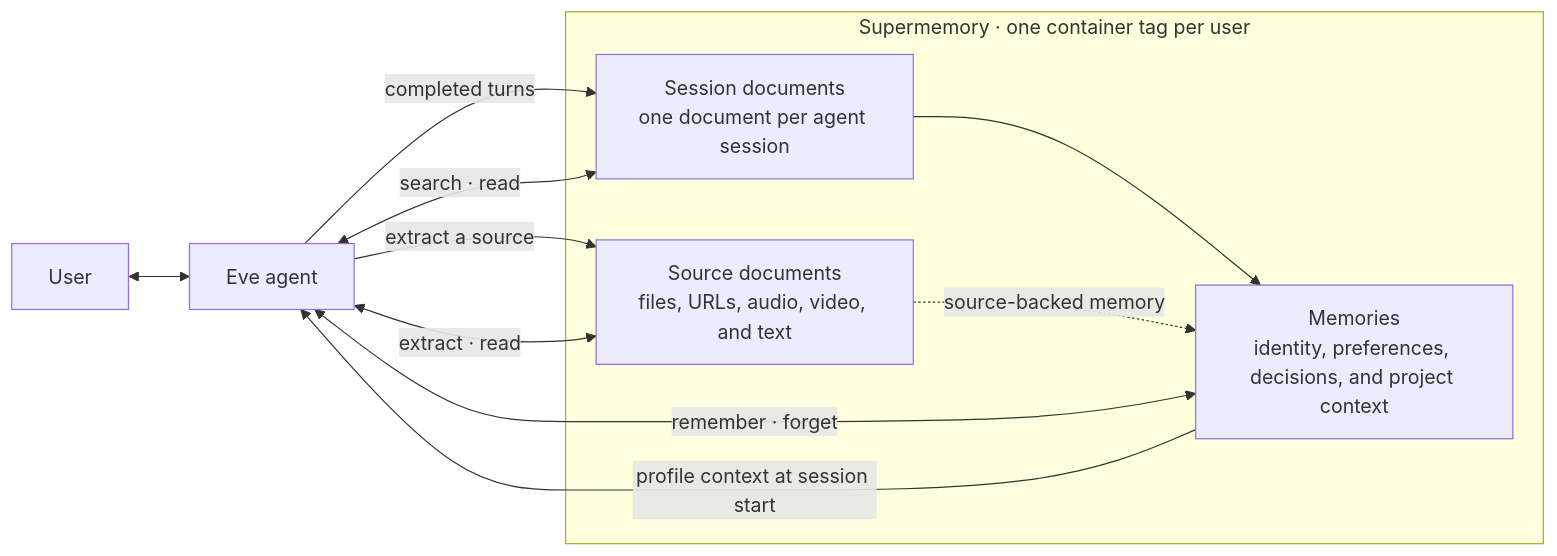
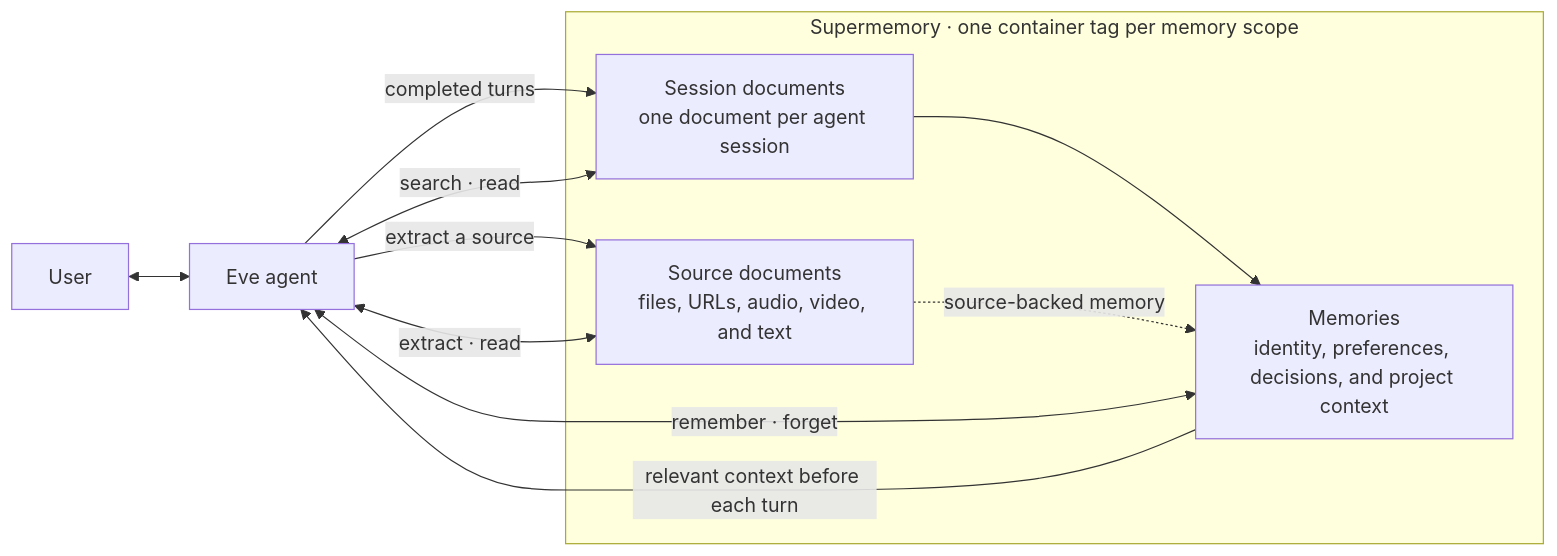
The diagram in README.md (supermemoryai/eve-supermemory), drawn with Mermaid before and after one commit. The commit also changed other lines of this file and 56 other files, not shown here.

````diff
--- a/README.md
+++ b/README.md
@@ -25,19 +34,19 @@
 ```mermaid
 flowchart LR
   U[User] <--> E["Eve agent"]
 
-  subgraph SM["Supermemory · one container tag per user"]
+  subgraph SM["Supermemory · one container tag per memory scope"]
     S["Session documents<br/>one document per agent session"]
     D["Source documents<br/>files, URLs, audio, video, and text"]
     M["Memories<br/>identity, preferences, decisions, and project context"]
     S --> M
     D -. source-backed memory .-> M
   end
 
   E -->|completed turns| S
   E -->|extract a source| D
-  M -->|profile context at session start| E
+  M -->|relevant context before each turn| E
   E <-->|search · read| S
   E <-->|extract · read| D
   E <-->|remember · forget| M
 ```
````
